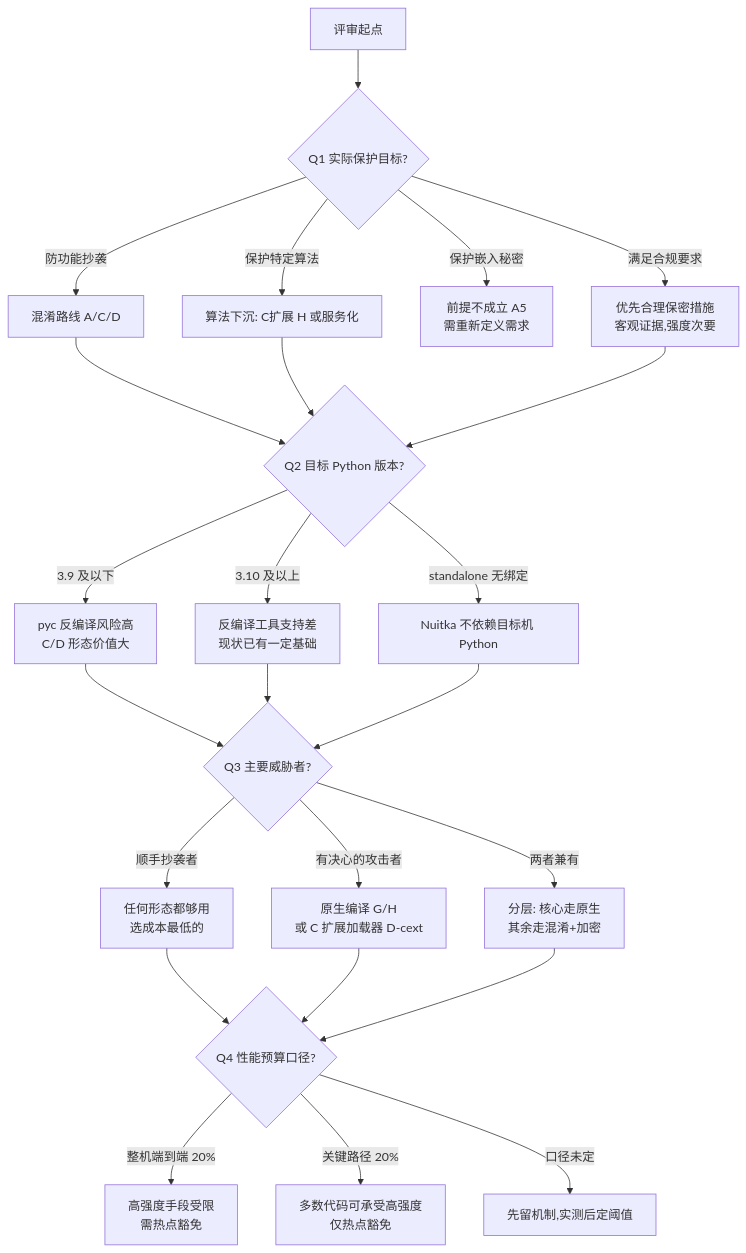
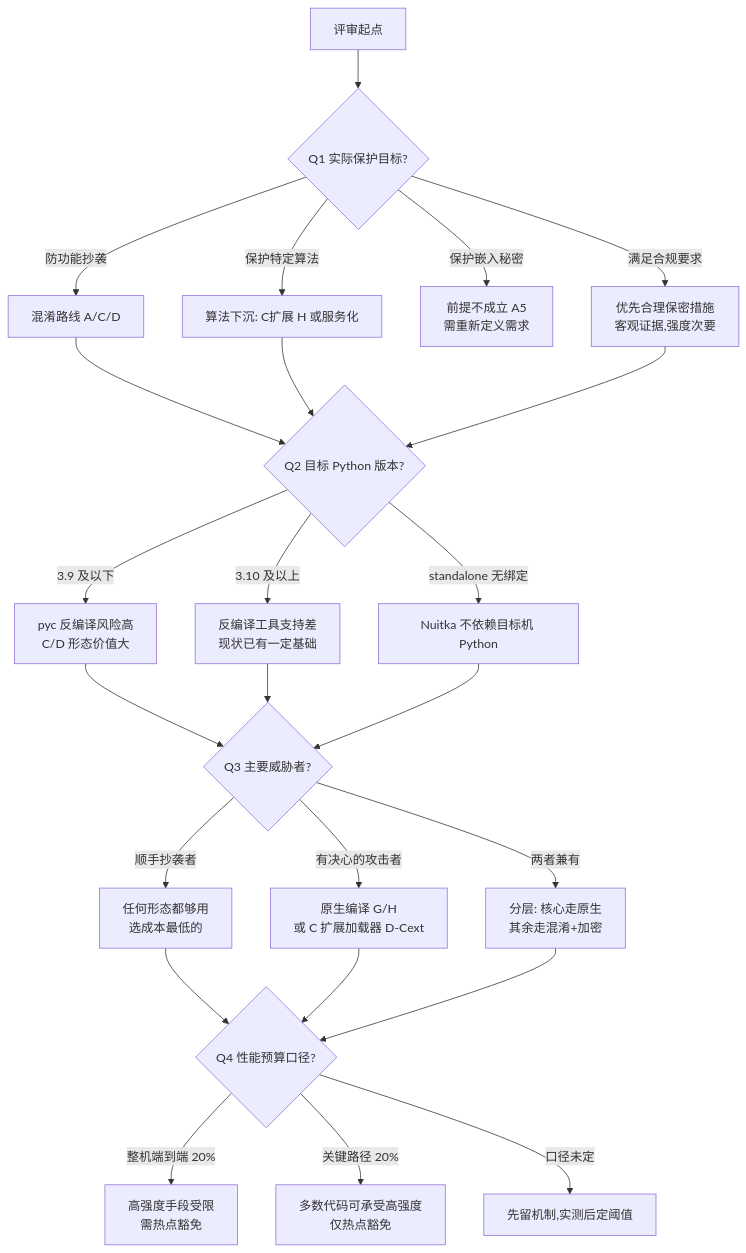
Before and after one commit to Stulte666/py-obfuscator: diagram 21 of 21 in docs/superpowers/specs/2026-10-18-py-obfuscator-decision.md, drawn with Mermaid. The commit also changed other lines of this file, not shown here.

````diff
--- a/docs/superpowers/specs/2026-10-18-py-obfuscator-decision.md
+++ b/docs/superpowers/specs/2026-10-18-py-obfuscator-decision.md
@@ -838,33 +842,33 @@
 ```mermaid
 flowchart TD
     START["评审起点"] --> Q1{"Q1 实际保护目标?"}
 
     Q1 -->|"防功能抄袭"| P1["混淆路线 A/C/D"]
     Q1 -->|"保护特定算法"| P2["算法下沉: C扩展 H 或服务化"]
     Q1 -->|"保护嵌入秘密"| P3["前提不成立 A5<br/>需重新定义需求"]
     Q1 -->|"满足合规要求"| P4["优先合理保密措施<br/>客观证据,强度次要"]
 
     P1 --> Q2{"Q2 目标 Python 版本?"}
     P2 --> Q2
     P4 --> Q2
 
     Q2 -->|"3.9 及以下"| R1["pyc 反编译风险高<br/>C/D 形态价值大"]
     Q2 -->|"3.10 及以上"| R2["反编译工具支持差<br/>现状已有一定基础"]
     Q2 -->|"standalone 无绑定"| R3["Nuitka 不依赖目标机 Python"]
 
     R1 --> Q3{"Q3 主要威胁者?"}
     R2 --> Q3
     R3 --> Q3
 
     Q3 -->|"顺手抄袭者"| S1["任何形态都够用<br/>选成本最低的"]
-    Q3 -->|"有决心的攻击者"| S2["原生编译 G/H<br/>或 C 扩展加载器 D-cext"]
+    Q3 -->|"有决心的攻击者"| S2["原生编译 G/H<br/>或 C 扩展加载器 D-Cext"]
     Q3 -->|"两者兼有"| S3["分层: 核心走原生<br/>其余走混淆+加密"]
 
     S1 --> Q4{"Q4 性能预算口径?"}
     S2 --> Q4
     S3 --> Q4
 
     Q4 -->|"整机端到端 20%"| T1["高强度手段受限<br/>需热点豁免"]
     Q4 -->|"关键路径 20%"| T2["多数代码可承受高强度<br/>仅热点豁免"]
     Q4 -->|"口径未定"| T3["先留机制,实测后定阈值"]
 ```
````
